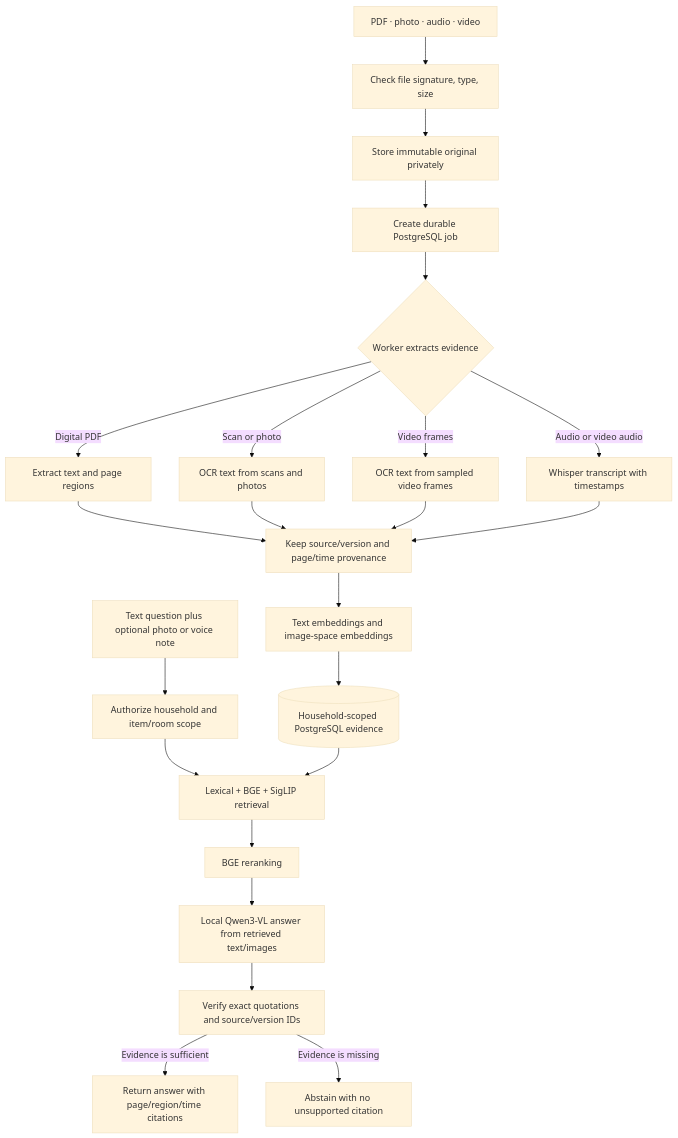
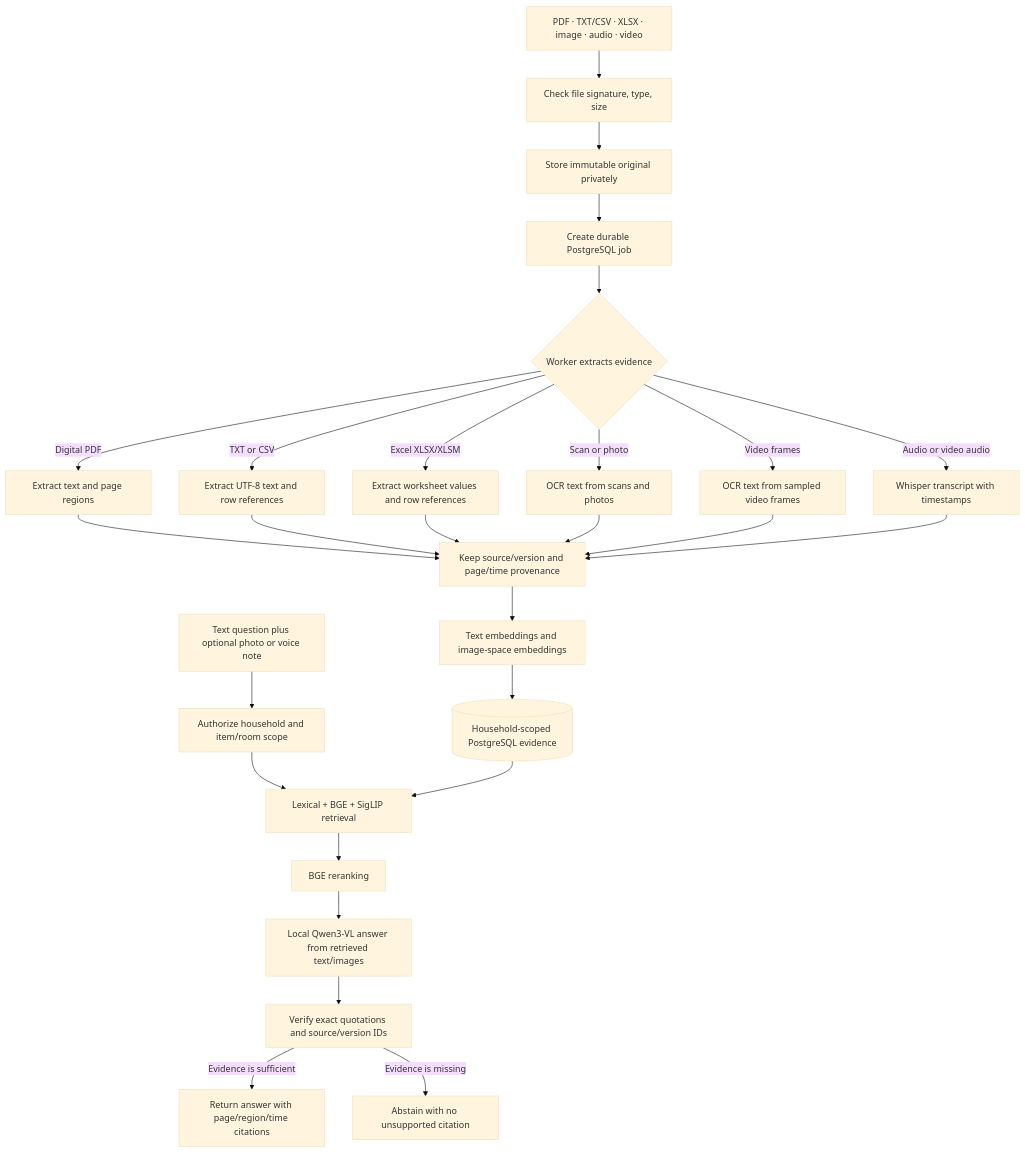
Before and after one commit to RahulAdyaa/HomeAtlas: the second of 2 diagrams in README.md, drawn with Mermaid (base theme). The commit also changed other lines of this file and 9 other files, not shown here.

````diff
--- a/README.md
+++ b/README.md
@@ -59,26 +59,30 @@
 ```mermaid
 flowchart TD
-    Upload[PDF · photo · audio · video] --> Validate[Check file signature, type, size]
+    Upload[PDF · TXT/CSV · XLSX · image · audio · video] --> Validate[Check file signature, type, size]
     Validate --> Store[Store immutable original privately]
     Store --> Queue[Create durable PostgreSQL job]
     Queue --> Extract{Worker extracts evidence}
     Extract -->|Digital PDF| PDF[Extract text and page regions]
+    Extract -->|TXT or CSV| Text[Extract UTF-8 text and row references]
+    Extract -->|Excel XLSX/XLSM| Sheet[Extract worksheet values and row references]
     Extract -->|Scan or photo| OCR[OCR text from scans and photos]
     Extract -->|Audio or video audio| Audio[Whisper transcript with timestamps]
     Extract -->|Video frames| FrameOCR[OCR text from sampled video frames]
     PDF --> Index[Keep source/version and page/time provenance]
+    Text --> Index
+    Sheet --> Index
     OCR --> Index
     FrameOCR --> Index
     Audio --> Index
     Index --> Embed[Text embeddings and image-space embeddings]
     Embed --> DB[(Household-scoped PostgreSQL evidence)]
 
     Question[Text question plus optional photo or voice note] --> Ask[Authorize household and item/room scope]
     Ask --> Retrieve[Lexical + BGE + SigLIP retrieval]
     DB --> Retrieve
     Retrieve --> Rerank[BGE reranking]
     Rerank --> Generate[Local Qwen3-VL answer from retrieved text/images]
     Generate --> Verify[Verify exact quotations and source/version IDs]
     Verify -->|Evidence is sufficient| Cite[Return answer with page/region/time citations]
     Verify -->|Evidence is missing| Abstain[Abstain with no unsupported citation]
 ```
````
